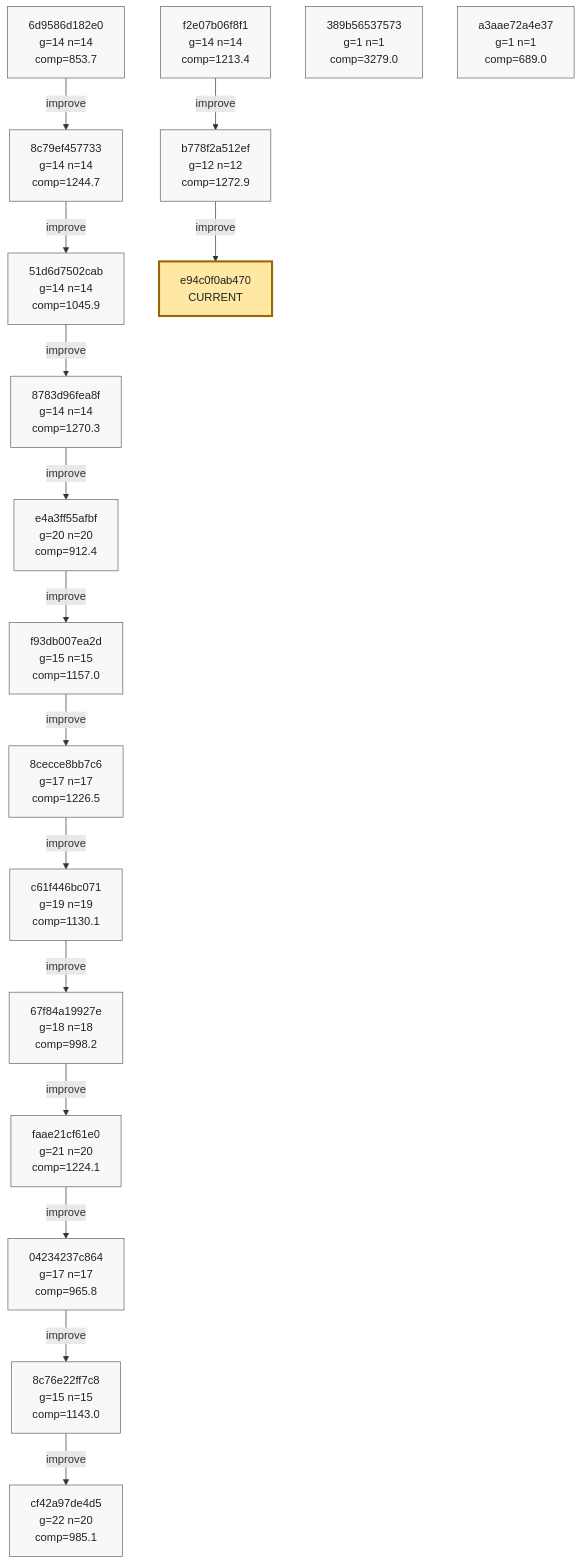
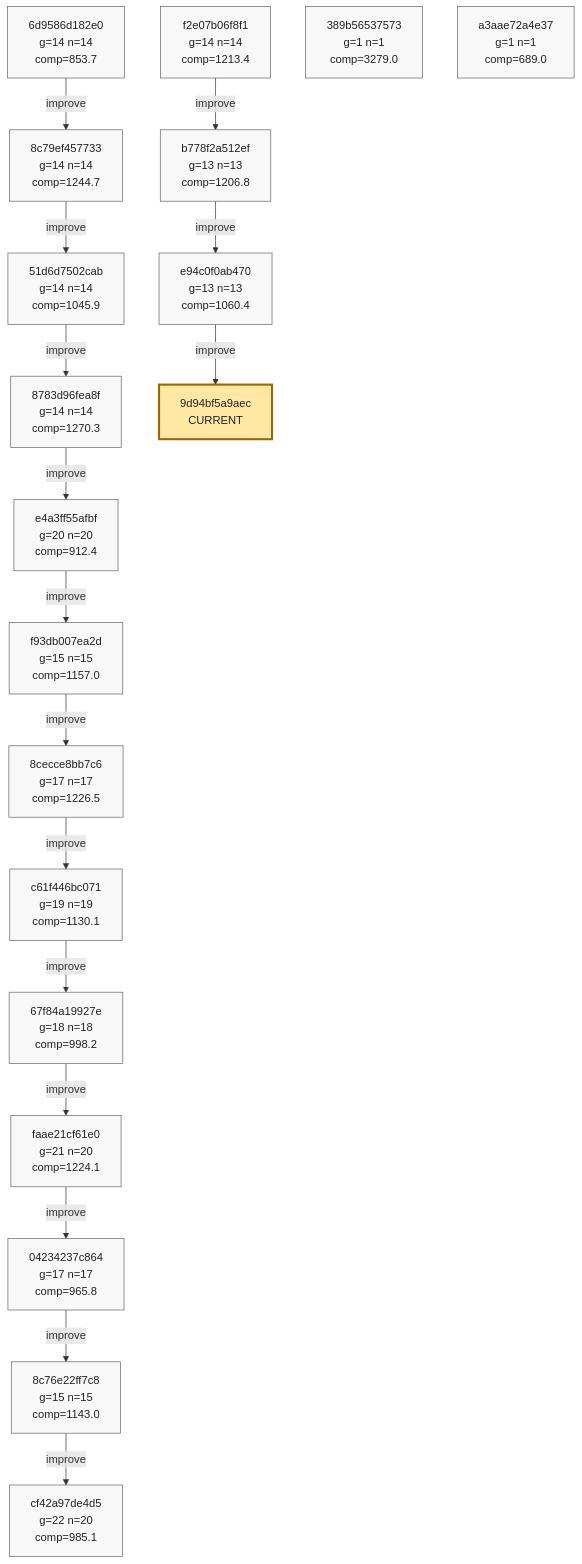
One commit to azumag/soviet_now changed the eighth of 8 diagrams in phyrogenetic-tree.md. Above: the diagram before and after it, drawn with Mermaid. The commit also changed other lines of this file and 2 other files, not shown here.

Commit message:
eloop Improve after 12 games (scores: 1044 947 1493 761 2603 931 905 1136 1106 1367 1491 2257)

````diff
--- a/phyrogenetic-tree.md
+++ b/phyrogenetic-tree.md
@@ -1917,60 +1916,63 @@
 ```mermaid
 flowchart TD
     h_6d9586d182e0["6d9586d182e0<br/>g=14 n=14<br/>comp=853.7"]
     h_8c79ef457733["8c79ef457733<br/>g=14 n=14<br/>comp=1244.7"]
     h_51d6d7502cab["51d6d7502cab<br/>g=14 n=14<br/>comp=1045.9"]
     h_8783d96fea8f["8783d96fea8f<br/>g=14 n=14<br/>comp=1270.3"]
     h_e4a3ff55afbf["e4a3ff55afbf<br/>g=20 n=20<br/>comp=912.4"]
     h_f93db007ea2d["f93db007ea2d<br/>g=15 n=15<br/>comp=1157.0"]
     h_8cecce8bb7c6["8cecce8bb7c6<br/>g=17 n=17<br/>comp=1226.5"]
     h_c61f446bc071["c61f446bc071<br/>g=19 n=19<br/>comp=1130.1"]
     h_67f84a19927e["67f84a19927e<br/>g=18 n=18<br/>comp=998.2"]
     h_faae21cf61e0["faae21cf61e0<br/>g=21 n=20<br/>comp=1224.1"]
     h_04234237c864["04234237c864<br/>g=17 n=17<br/>comp=965.8"]
     h_8c76e22ff7c8["8c76e22ff7c8<br/>g=15 n=15<br/>comp=1143.0"]
     h_cf42a97de4d5["cf42a97de4d5<br/>g=22 n=20<br/>comp=985.1"]
     h_f2e07b06f8f1["f2e07b06f8f1<br/>g=14 n=14<br/>comp=1213.4"]
-    h_b778f2a512ef["b778f2a512ef<br/>g=12 n=12<br/>comp=1272.9"]
+    h_b778f2a512ef["b778f2a512ef<br/>g=13 n=13<br/>comp=1206.8"]
+    h_e94c0f0ab470["e94c0f0ab470<br/>g=13 n=13<br/>comp=1060.4"]
     h_389b56537573["389b56537573<br/>g=1 n=1<br/>comp=3279.0"]
     h_a3aae72a4e37["a3aae72a4e37<br/>g=1 n=1<br/>comp=689.0"]
-    h_e94c0f0ab470["e94c0f0ab470<br/>CURRENT"]
+    h_9d94bf5a9aec["9d94bf5a9aec<br/>CURRENT"]
 
     h_6d9586d182e0 -->|improve| h_8c79ef457733
     h_8c79ef457733 -->|improve| h_51d6d7502cab
     h_51d6d7502cab -->|improve| h_8783d96fea8f
     h_8783d96fea8f -->|improve| h_e4a3ff55afbf
     h_e4a3ff55afbf -->|improve| h_f93db007ea2d
     h_f93db007ea2d -->|improve| h_8cecce8bb7c6
     h_8cecce8bb7c6 -->|improve| h_c61f446bc071
     h_c61f446bc071 -->|improve| h_67f84a19927e
     h_67f84a19927e -->|improve| h_faae21cf61e0
     h_faae21cf61e0 -->|improve| h_04234237c864
     h_04234237c864 -->|improve| h_8c76e22ff7c8
     h_8c76e22ff7c8 -->|improve| h_cf42a97de4d5
     h_f2e07b06f8f1 -->|improve| h_b778f2a512ef
     h_b778f2a512ef -->|improve| h_e94c0f0ab470
+    h_e94c0f0ab470 -->|improve| h_9d94bf5a9aec
 
     classDef plain fill:#f8f8f8,stroke:#666,stroke-width:1px,color:#222;
     classDef current fill:#ffe8a3,stroke:#9a6700,stroke-width:3px,color:#222;
     classDef anchor fill:#d7f5dd,stroke:#1f6f43,stroke-width:3px,color:#222;
     classDef current_anchor fill:#f3e4a8,stroke:#1f6f43,stroke-width:4px,color:#222;
 
     class h_6d9586d182e0 plain;
     class h_8c79ef457733 plain;
     class h_51d6d7502cab plain;
     class h_8783d96fea8f plain;
     class h_e4a3ff55afbf plain;
     class h_f93db007ea2d plain;
     class h_8cecce8bb7c6 plain;
     class h_c61f446bc071 plain;
     class h_67f84a19927e plain;
     class h_faae21cf61e0 plain;
     class h_04234237c864 plain;
     class h_8c76e22ff7c8 plain;
     class h_cf42a97de4d5 plain;
     class h_f2e07b06f8f1 plain;
     class h_b778f2a512ef plain;
+    class h_e94c0f0ab470 plain;
     class h_389b56537573 plain;
     class h_a3aae72a4e37 plain;
-    class h_e94c0f0ab470 current;
+    class h_9d94bf5a9aec current;
 ```
````
